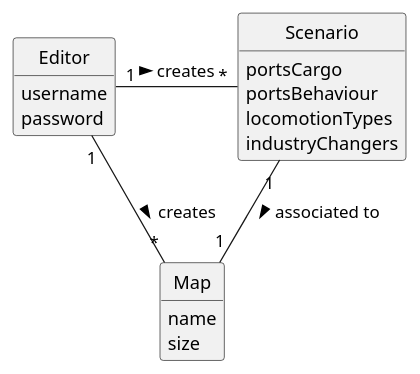
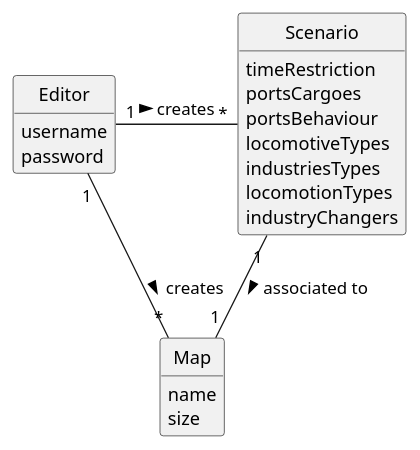
One commit to 1240935/pi2-railway-simulator changed the diagram in docsFinais/US004/02.analysis/puml/US004-DM.puml. Above: the diagram before and after it, drawn with PlantUML. The commit also changed 21 other files, not shown here.

```diff
--- a/docsFinais/US004/02.analysis/puml/US004-DM.puml
+++ b/docsFinais/US004/02.analysis/puml/US004-DM.puml
@@ -1,33 +1,36 @@
 @startuml
 skinparam monochrome true
 skinparam packageStyle rectangle
 skinparam shadowing false
 'skinparam linetype ortho
 'left to right direction
 skinparam classAttributeIconSize 0
 hide circle
 hide methods
 
 
 class Map {
     name
     size
 }
 
 class Scenario {
-    portsCargo
+    timeRestriction
+    portsCargoes
     portsBehaviour
+    locomotiveTypes
+    industriesTypes
     locomotionTypes
     industryChangers
 }
 
 class Editor {
     username
     password
 }
 
 Editor "1" - "*" Map : creates >
 Editor "1" - "*" Scenario : creates >
 Scenario "1" -- "1" Map : associated to >
 
 @enduml
```
